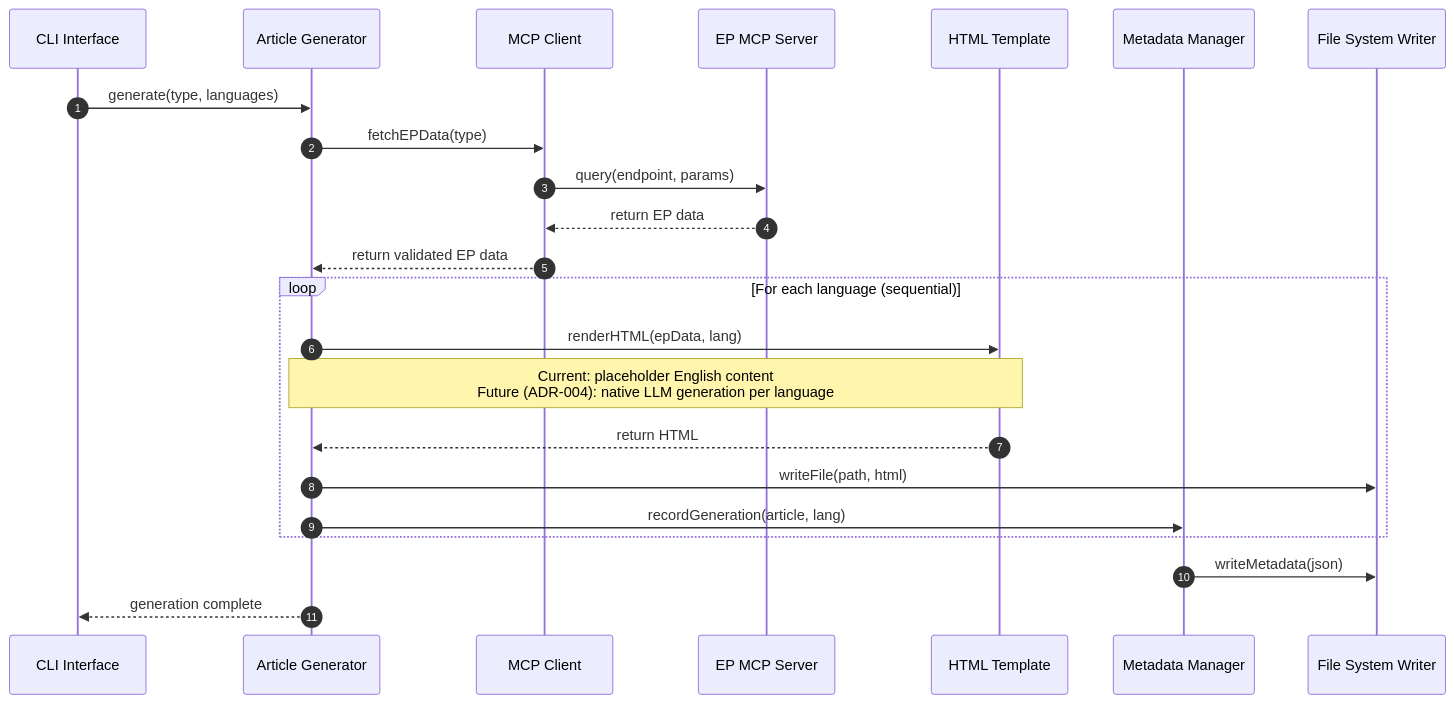
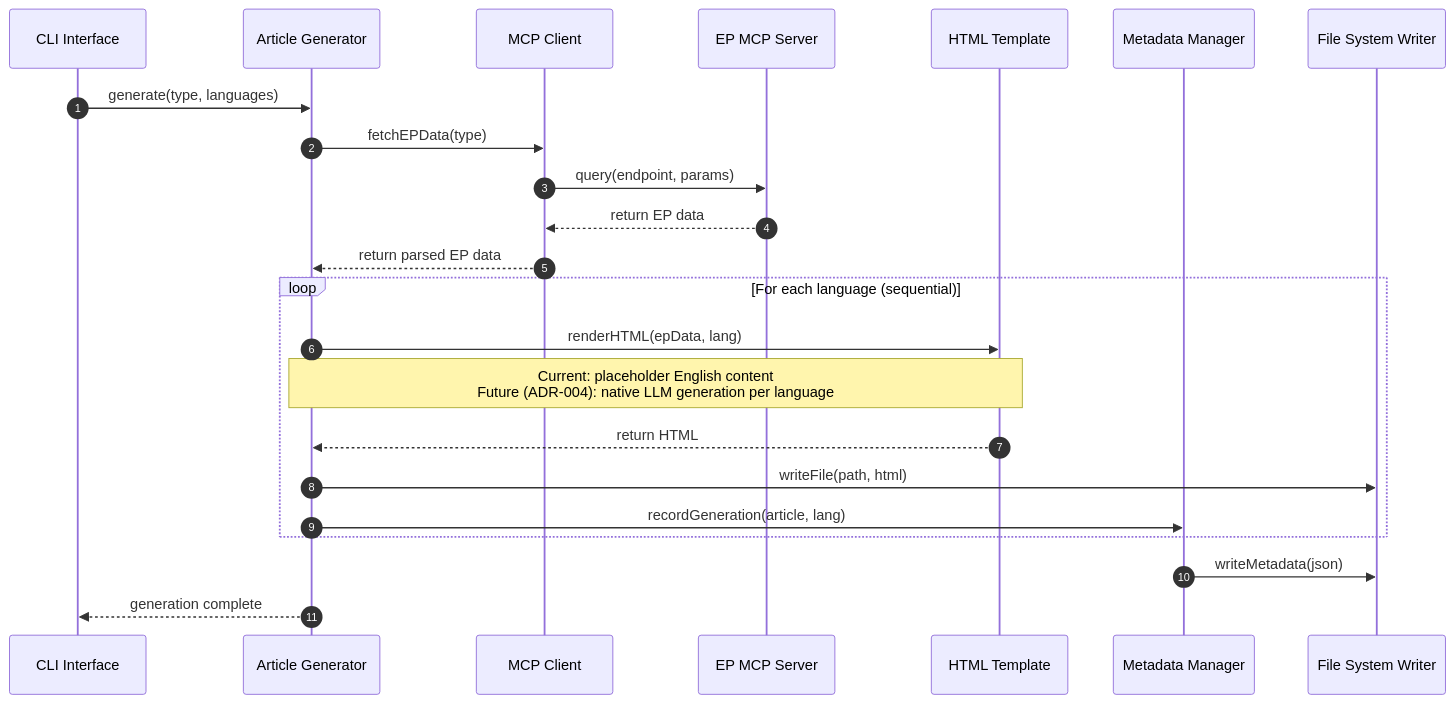
Before and after one commit to Hack23/euparliamentmonitor: the sixth of 12 diagrams in ARCHITECTURE.md, drawn with Mermaid. The commit also changed other lines of this file, not shown here.

Commit message:
docs: fix MCP protocol, trust zones, ADR-003 claims, and validation accuracy in ARCHITECTURE.md

````diff
--- a/ARCHITECTURE.md
+++ b/ARCHITECTURE.md
@@ -437,28 +440,28 @@
 ```mermaid
 sequenceDiagram
     autonumber
     participant CLI as CLI Interface
     participant Gen as Article Generator
     participant MCP as MCP Client
     participant EPMCP as EP MCP Server
     participant Tmpl as HTML Template
     participant Meta as Metadata Manager
     participant FS as File System Writer
     
     CLI->>Gen: generate(type, languages)
     Gen->>MCP: fetchEPData(type)
     MCP->>EPMCP: query(endpoint, params)
     EPMCP-->>MCP: return EP data
-    MCP-->>Gen: return validated EP data
+    MCP-->>Gen: return parsed EP data
     
     loop For each language (sequential)
         Gen->>Tmpl: renderHTML(epData, lang)
         Note over Gen,Tmpl: Current: placeholder English content<br/>Future (ADR-004): native LLM generation per language
         Tmpl-->>Gen: return HTML
         Gen->>FS: writeFile(path, html)
         Gen->>Meta: recordGeneration(article, lang)
     end
     
     Meta->>FS: writeMetadata(json)
     Gen-->>CLI: generation complete
 ```
````
